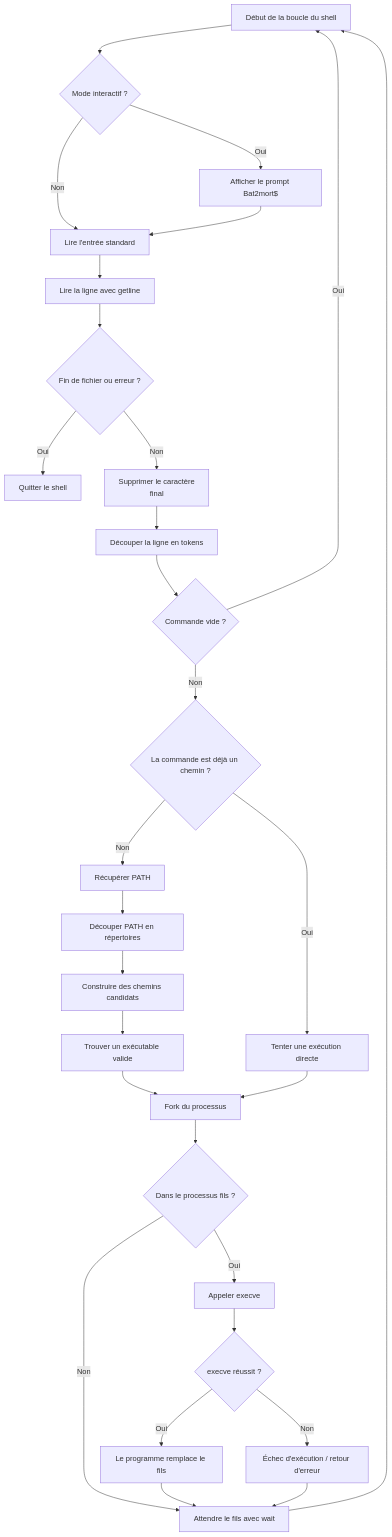
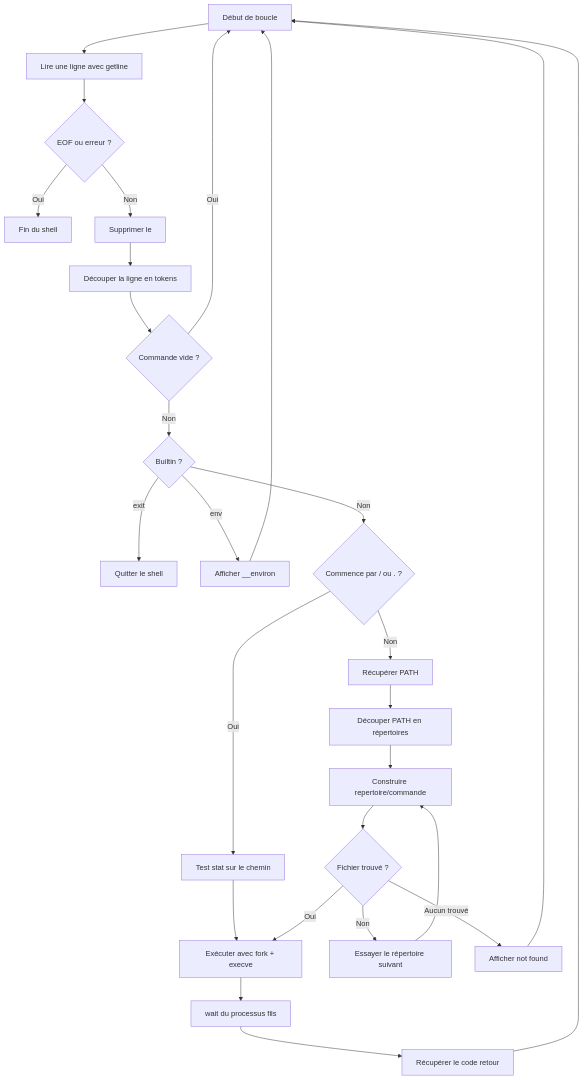
Before and after one commit to batrousseau/holbertonschool-simple_shell: the diagram in README.md, drawn with Mermaid. The commit also changed other lines of this file and 1 other file, not shown here.

````diff
--- a/README.md
+++ b/README.md
@@ -191,31 +234,29 @@
 ```mermaid
 flowchart TD
-    A[Début de la boucle du shell] --> B{Mode interactif ?}
-    B -- Oui --> C[Afficher le prompt Bat2mort$]
-    B -- Non --> D[Lire l'entrée standard]
-    C --> D
-    D --> E[Lire la ligne avec getline]
-    E --> F{Fin de fichier ou erreur ?}
-    F -- Oui --> Z[Quitter le shell]
-    F -- Non --> G[Supprimer le caractère \n final]
-    G --> H[Découper la ligne en tokens]
-    H --> I{Commande vide ?}
-    I -- Oui --> A
-    I -- Non --> J{La commande est déjà un chemin ?}
-    J -- Oui --> K[Tenter une exécution directe]
-    J -- Non --> L[Récupérer PATH]
-    L --> M[Découper PATH en répertoires]
-    M --> N[Construire des chemins candidats]
-    N --> O[Trouver un exécutable valide]
-    O --> P[Fork du processus]
-    K --> P
-    P --> Q{Dans le processus fils ?}
-    Q -- Oui --> R[Appeler execve]
-    Q -- Non --> S[Attendre le fils avec wait]
-    R --> T{execve réussit ?}
-    T -- Oui --> U[Le programme remplace le fils]
-    T -- Non --> V[Échec d'exécution / retour d'erreur]
-    U --> S
-    V --> S
+    A[Début de boucle] --> B[Lire une ligne avec getline]
+    B --> C{EOF ou erreur ?}
+    C -- Oui --> Z[Fin du shell]
+    C -- Non --> D[Supprimer le \n]
+    D --> E[Découper la ligne en tokens]
+    E --> F{Commande vide ?}
+    F -- Oui --> A
+    F -- Non --> G{Builtin ?}
+    G -- exit --> H[Quitter le shell]
+    G -- env --> I[Afficher __environ]
+    I --> A
+    G -- Non --> J{Commence par / ou . ?}
+    J -- Oui --> K[Test stat sur le chemin]
+    K --> L[Exécuter avec fork + execve]
+    J -- Non --> M[Récupérer PATH]
+    M --> N[Découper PATH en répertoires]
+    N --> O[Construire repertoire/commande]
+    O --> P{Fichier trouvé ?}
+    P -- Oui --> L
+    P -- Non --> Q[Essayer le répertoire suivant]
+    Q --> O
+    L --> R[wait du processus fils]
+    R --> S[Récupérer le code retour]
     S --> A
+    P -- Aucun trouvé --> T[Afficher not found]
+    T --> A
 ```
````
